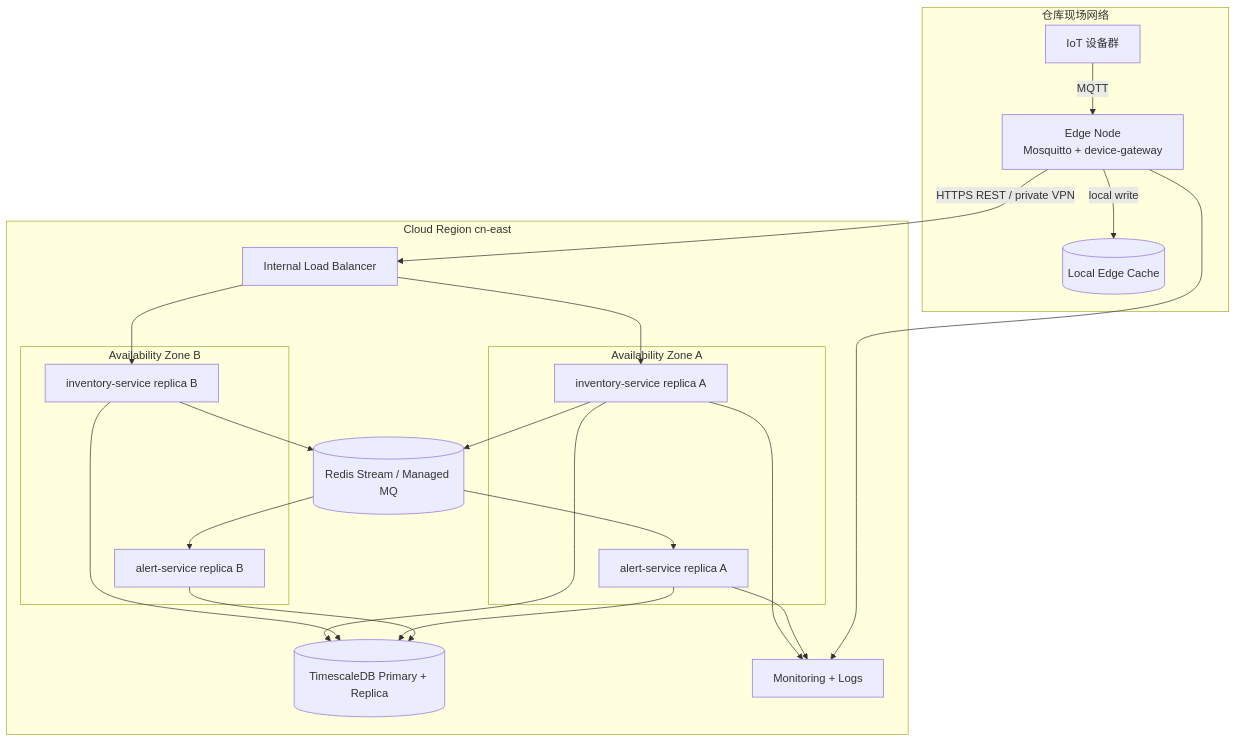
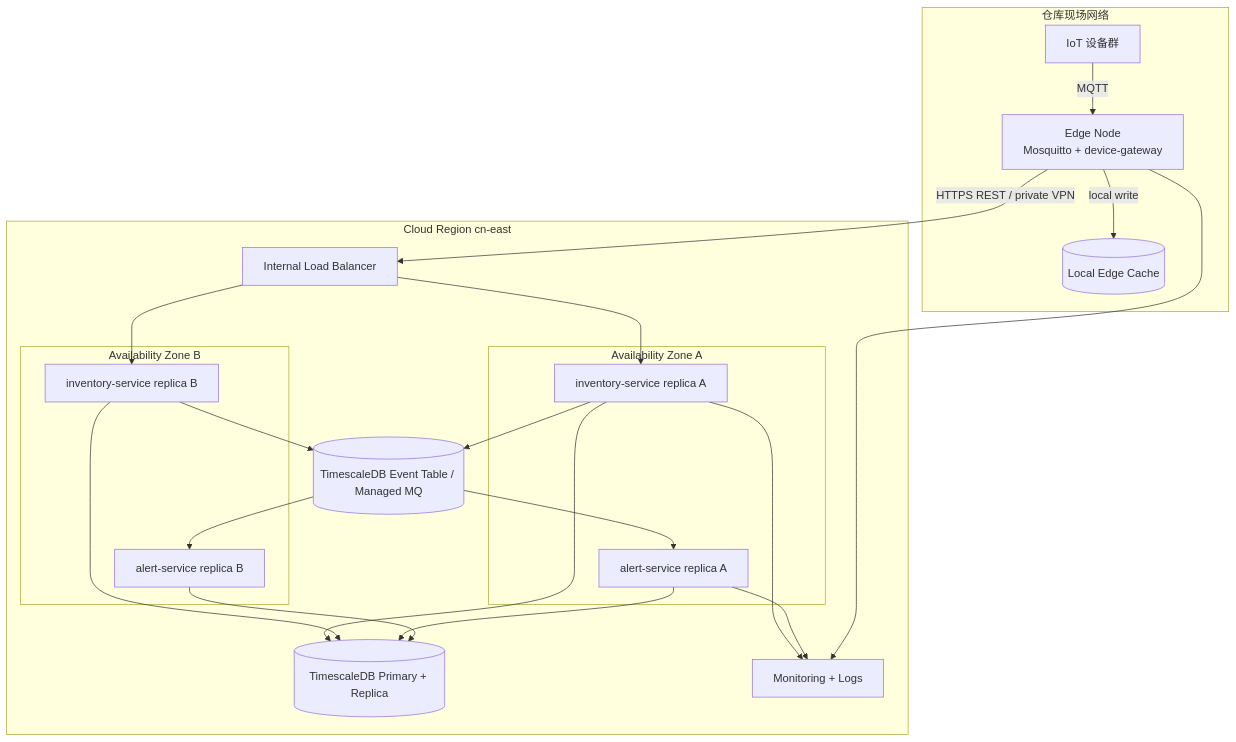
One commit to kpp-codeFVV/iot-warehouse-architecture changed the diagram in docs/02_views/Deployment_View.md. Above: the diagram before and after it, drawn with Mermaid. The commit also changed other lines of this file and 39 other files, not shown here.

````diff
--- a/docs/02_views/Deployment_View.md
+++ b/docs/02_views/Deployment_View.md
@@ -7,40 +7,40 @@
 ```mermaid
 flowchart TB
     subgraph Warehouse[仓库现场网络]
         devices[IoT 设备群]
         edgeNode[Edge Node<br/>Mosquitto + device-gateway]
         edgeCache[(Local Edge Cache)]
         devices -- MQTT --> edgeNode
         edgeNode -- local write --> edgeCache
     end
 
     subgraph Cloud[Cloud Region cn-east]
         lb[Internal Load Balancer]
         subgraph AZ1[Availability Zone A]
             inv1[inventory-service replica A]
             alert1[alert-service replica A]
         end
         subgraph AZ2[Availability Zone B]
             inv2[inventory-service replica B]
             alert2[alert-service replica B]
         end
-        events[(Redis Stream / Managed MQ)]
+        events[(TimescaleDB Event Table / Managed MQ)]
         db[(TimescaleDB Primary + Replica)]
         monitor[Monitoring + Logs]
     end
 
     edgeNode -- HTTPS REST / private VPN --> lb
     lb --> inv1
     lb --> inv2
     inv1 --> events
     inv2 --> events
     events --> alert1
     events --> alert2
     inv1 --> db
     inv2 --> db
     alert1 --> db
     alert2 --> db
     inv1 --> monitor
     alert1 --> monitor
     edgeNode --> monitor
 ```
````
